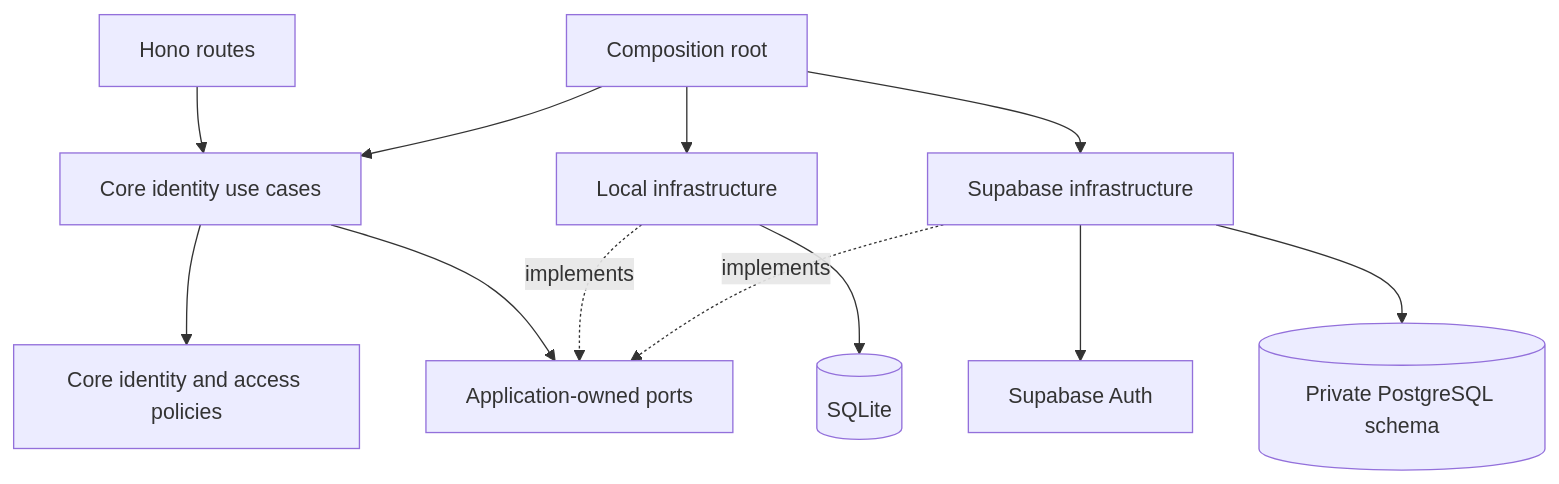
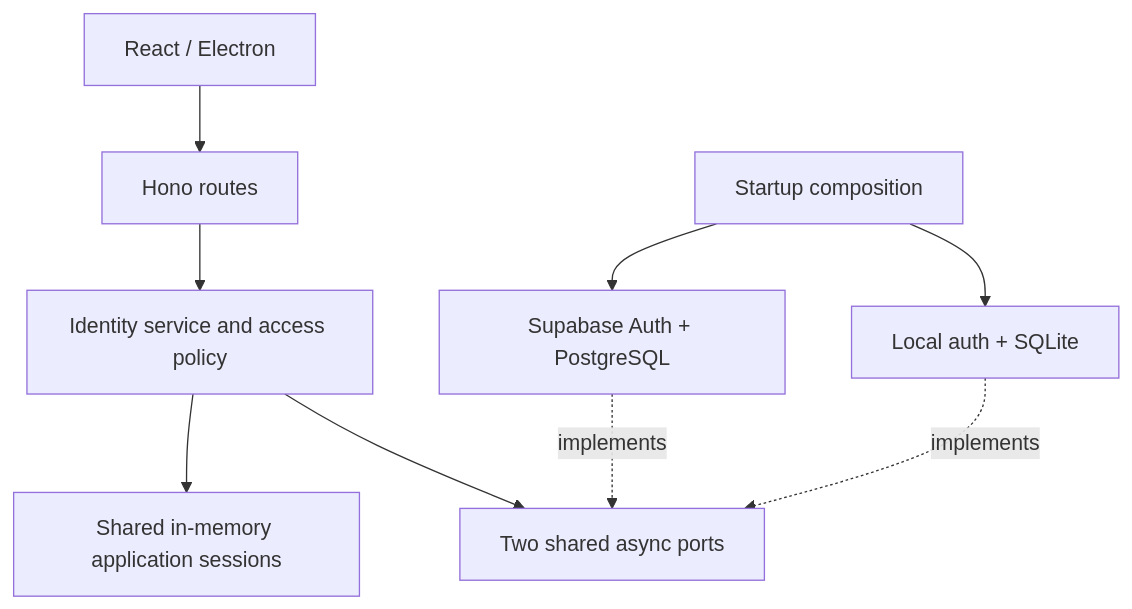
The diagram in docs/architecture/authentication-migration.md (mrleonardobrito/esmeraldinha), drawn with Mermaid before and after one commit. The commit also changed other lines of this file and 3 other files, not shown here.

Commit message:
docs: simplify architecture and authentication for four-user MVP

````diff
--- a/docs/architecture/authentication-migration.md
+++ b/docs/architecture/authentication-migration.md
@@ -15,14 +11,11 @@
 ```mermaid
 flowchart TD
-  H[Hono routes] --> UC[Core identity use cases]
-  UC --> D[Core identity and access policies]
-  UC --> P[Application-owned ports]
-  L[Local infrastructure] -. implements .-> P
-  S[Supabase infrastructure] -. implements .-> P
-  L --> SQ[(SQLite)]
-  S --> A[Supabase Auth]
-  S --> PG[(Private PostgreSQL schema)]
-  C[Composition root] --> L
+  UI[React / Electron] --> H[Hono routes]
+  H --> I[Identity service and access policy]
+  I --> P[Two shared async ports]
+  L[Local auth + SQLite] -. implements .-> P
+  S[Supabase Auth + PostgreSQL] -. implements .-> P
+  I --> M[Shared in-memory application sessions]
+  C[Startup composition] --> L
   C --> S
-  C --> UC
 ```
````
